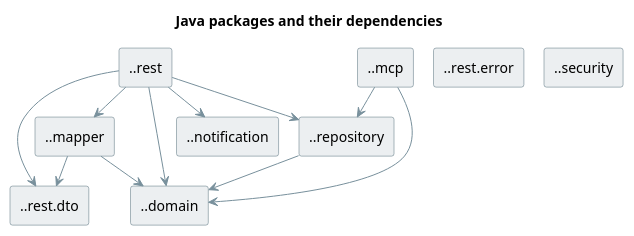
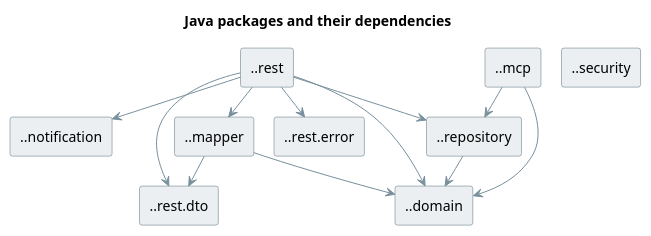
Before and after one commit to victorrentea/petclinic: the diagram in petclinic-backend/docs/packages.puml, drawn with PlantUML. The commit also changed 64 other files, not shown here.

```diff
--- a/petclinic-backend/docs/packages.puml
+++ b/petclinic-backend/docs/packages.puml
@@ -1,43 +1,44 @@
 @startuml
 
 title Java packages and their dependencies
 
 skinparam shadowing false
 skinparam componentStyle rectangle
 skinparam nodesep 20
 ' the box label is the package pattern itself, which ArchUnit reads from the stereotype;
 ' the stereotype is hidden so the pattern is not printed twice
 hide stereotype
 skinparam ranksep 30
 <style>
 component {
   BackGroundColor #ECEFF1
   LineColor #546E7A
 }
 arrow {
   LineColor #78909C
 }
 </style>
 
 [..rest] <<..rest>>
 [..mcp] <<..mcp>>
 [..rest.error] <<..rest.error>>
 [..security] <<..security>>
 [..mapper] <<..mapper>>
 [..repository] <<..repository>>
 [..notification] <<..notification>>
 [..rest.dto] <<..rest.dto>>
 [..domain] <<..domain>>
 
 [..repository] --> [..domain]
 [..mapper] --> [..domain]
 [..mapper] --> [..rest.dto]
 [..rest] --> [..domain]
 [..rest] --> [..repository]
 [..rest] --> [..mapper]
 [..rest] --> [..rest.dto]
 [..rest] --> [..notification]
+[..rest] --> [..rest.error]
 [..mcp] --> [..domain]
 [..mcp] --> [..repository]
 
 @enduml
```
